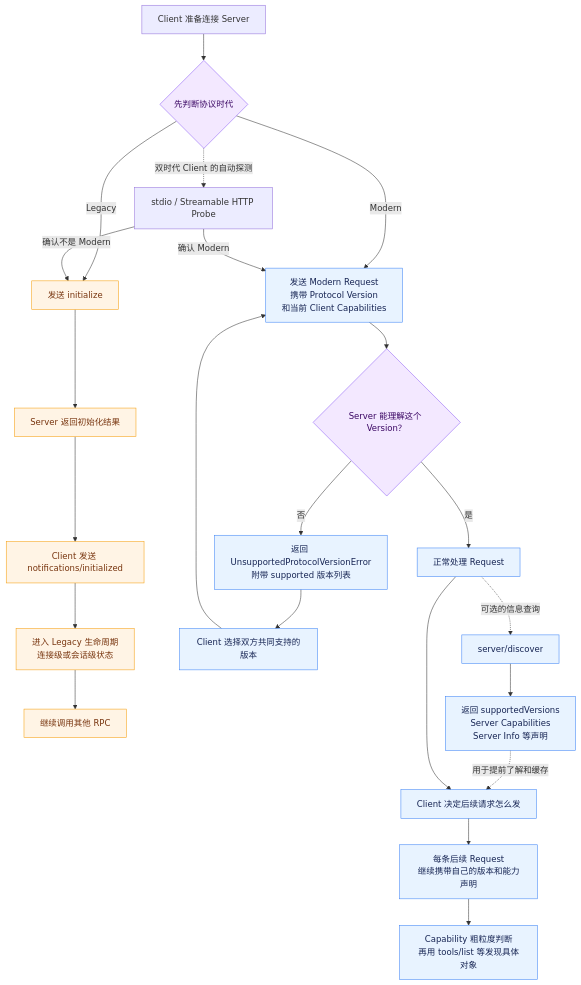
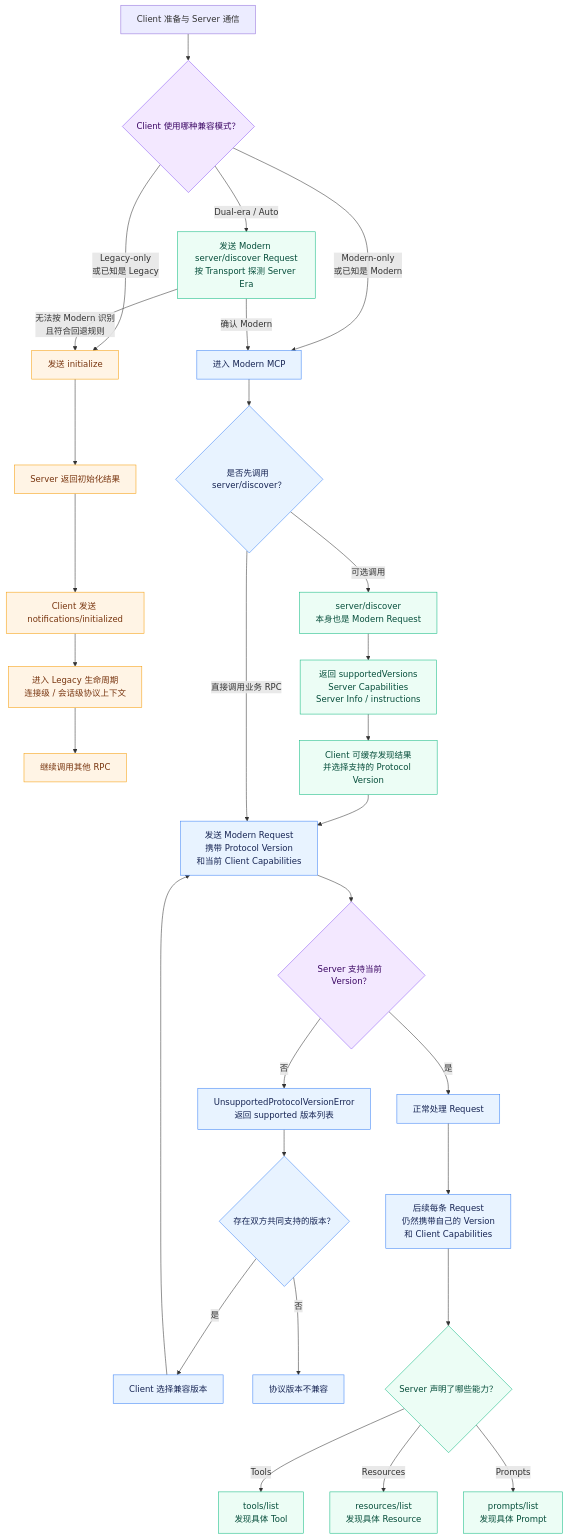
One commit to itkdm/aiagentguide changed the fifth of 5 diagrams in docs/principles/deep-mcp-negotiation.md. Above: the diagram before and after it, drawn with Mermaid. The commit also changed other lines of this file, not shown here.

Commit message:
docs: refine MCP version negotiation article

````diff
--- a/docs/principles/deep-mcp-negotiation.md
+++ b/docs/principles/deep-mcp-negotiation.md
@@ -709,35 +755,57 @@
 ```mermaid
 flowchart TD
-    A[Client 准备连接 Server] --> B{先判断协议时代}
+    A[Client 准备与 Server 通信] --> B{Client 使用哪种兼容模式？}
 
-    B -->|Legacy| L1[发送 initialize]
+    %% Legacy
+    B -->|Legacy-only<br/>或已知是 Legacy| L1[发送 initialize]
     L1 --> L2[Server 返回初始化结果]
     L2 --> L3[Client 发送 notifications/initialized]
-    L3 --> L4[进入 Legacy 生命周期<br/>连接级或会话级状态]
+    L3 --> L4[进入 Legacy 生命周期<br/>连接级 / 会话级协议上下文]
     L4 --> L5[继续调用其他 RPC]
 
-    B -->|Modern| M1[发送 Modern Request<br/>携带 Protocol Version<br/>和当前 Client Capabilities]
-    M1 --> M2{Server 能理解这个 Version？}
-    M2 -->|否| M3[返回 UnsupportedProtocolVersionError<br/>附带 supported 版本列表]
-    M3 --> M4[Client 选择双方共同支持的版本]
-    M4 --> M1
-    M2 -->|是| M5[正常处理 Request]
+    %% Modern
+    B -->|Modern-only<br/>或已知是 Modern| M0[进入 Modern MCP]
 
-    M5 -.可选的信息查询.-> D1[server/discover]
-    D1 --> D2[返回 supportedVersions<br/>Server Capabilities<br/>Server Info 等声明]
-    D2 -.用于提前了解和缓存.-> M6[Client 决定后续请求怎么发]
-    M5 --> M6
-    M6 --> M7[每条后续 Request<br/>继续携带自己的版本和能力声明]
-    M7 --> M8[Capability 粗粒度判断<br/>再用 tools/list 等发现具体对象]
+    %% Dual-era
+    B -->|Dual-era / Auto| P1[发送 Modern server/discover Request<br/>按 Transport 探测 Server Era]
+    P1 -->|确认 Modern| M0
+    P1 -->|无法按 Modern 识别<br/>且符合回退规则| L1
 
-    B -.双时代 Client 的自动探测.-> P1[stdio / Streamable HTTP Probe]
-    P1 -->|确认 Modern| M1
-    P1 -->|确认不是 Modern| L1
+    %% Modern discovery
+    M0 --> M1{是否先调用 server/discover？}
+
+    M1 -->|可选调用| D1[server/discover<br/>本身也是 Modern Request]
+    D1 --> D2[返回 supportedVersions<br/>Server Capabilities<br/>Server Info / instructions]
+    D2 --> D3[Client 可缓存发现结果<br/>并选择支持的 Protocol Version]
+    D3 --> R1
+
+    M1 -->|直接调用业务 RPC| R1[发送 Modern Request<br/>携带 Protocol Version<br/>和当前 Client Capabilities]
+
+    %% Version negotiation
+    R1 --> R2{Server 支持当前 Version？}
+    R2 -->|否| R3[UnsupportedProtocolVersionError<br/>返回 supported 版本列表]
+    R3 --> R4{存在双方共同支持的版本？}
+    R4 -->|是| R5[Client 选择兼容版本]
+    R5 --> R1
+    R4 -->|否| R6[协议版本不兼容]
+
+    R2 -->|是| R7[正常处理 Request]
+
+    %% Subsequent requests
+    R7 --> R8[后续每条 Request<br/>仍然携带自己的 Version<br/>和 Client Capabilities]
+
+    R8 --> S1{Server 声明了哪些能力？}
+    S1 -->|Tools| S2[tools/list<br/>发现具体 Tool]
+    S1 -->|Resources| S3[resources/list<br/>发现具体 Resource]
+    S1 -->|Prompts| S4[prompts/list<br/>发现具体 Prompt]
 
     classDef modern fill:#e8f3ff,stroke:#3b82f6,color:#172554
     classDef legacy fill:#fff4e5,stroke:#f59e0b,color:#78350f
     classDef decision fill:#f3e8ff,stroke:#8b5cf6,color:#3b0764
-    class M1,M3,M4,M5,M6,M7,M8,D1,D2 modern
+    classDef discovery fill:#ecfdf5,stroke:#10b981,color:#064e3b
+
+    class M0,M1,R1,R3,R4,R5,R6,R7,R8 modern
     class L1,L2,L3,L4,L5 legacy
-    class B,M2 decision
+    class B,R2 decision
+    class D1,D2,D3,P1,S1,S2,S3,S4 discovery
 ```
````
